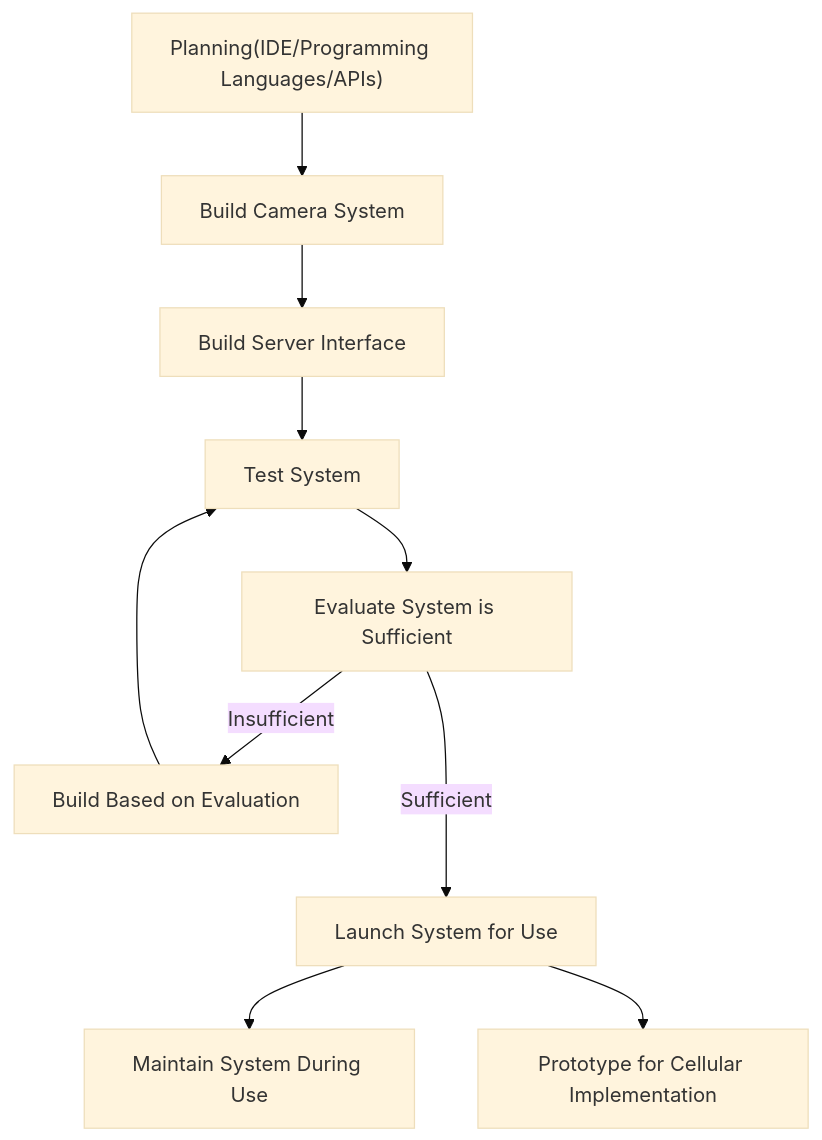
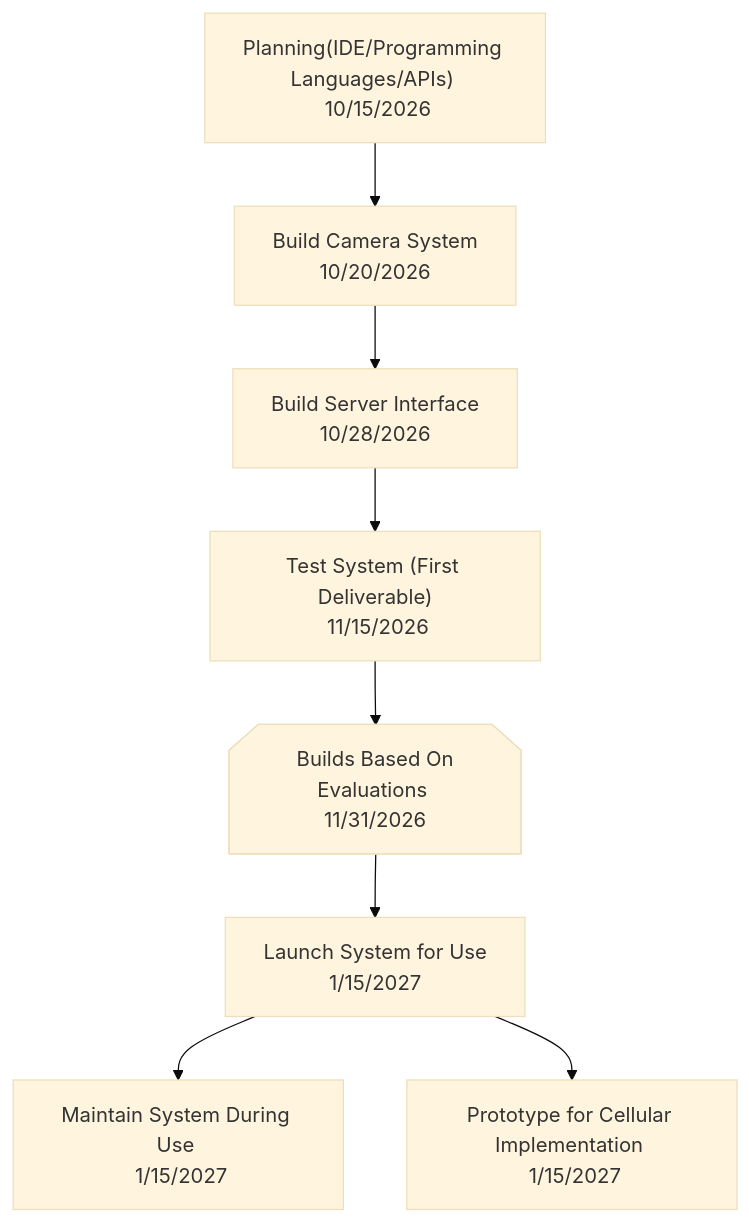
One commit to RandomBird058/CS250-F26-Group7 changed the diagram in Assignment 2/timeline.mmd. Above: the diagram before and after it, drawn with Mermaid (base theme).

Commit message:
Added Arbitrary Dates and Removed Loop

```diff
--- a/Assignment 2/timeline.mmd
+++ b/Assignment 2/timeline.mmd
@@ -1,20 +1,19 @@
 flowchart TD
-    Plan["Planning(IDE/Programming Languages/APIs)"]
-    Build1[Build Camera System]
-    Build2[Build Server Interface]
-    Test[Test System]
-    Evaluate[Evaluate System is Sufficient]
-    IterateBuild[Build Based on Evaluation]
-    Launch[Launch System for Use]
-    Maintain[Maintain System During Use]
-    Prototype[Prototype for Cellular Implementation]
-   
+    Plan["Planning(IDE/Programming Languages/APIs)" <br> 10/15/2026]
+    Build1[Build Camera System <br> 10/20/2026]
+    Build2[Build Server Interface <br> 10/28/2026]
+    Test["Test System (First Deliverable)<br> 11/15/2026 "]
+    Evaluate@{ shape: notch-pent, label: " Builds Based On Evaluations <br> 11/31/2026 " }
+    Launch["Launch System for Use <br> 1/15/2027"]
+    Maintain[Maintain System During Use <br> 1/15/2027]
+    Prototype[Prototype for Cellular Implementation <br> 1/15/2027 ]
+    
+  
+
    Plan --> Build1
    Build1 --> Build2
    Build2 --> Test
    Test --> Evaluate
-   Evaluate --Insufficient--> IterateBuild
-   IterateBuild --> Test
-   Evaluate --Sufficient---> Launch
+   Evaluate --> Launch
    Launch --> Maintain
    Launch --> Prototype
```
